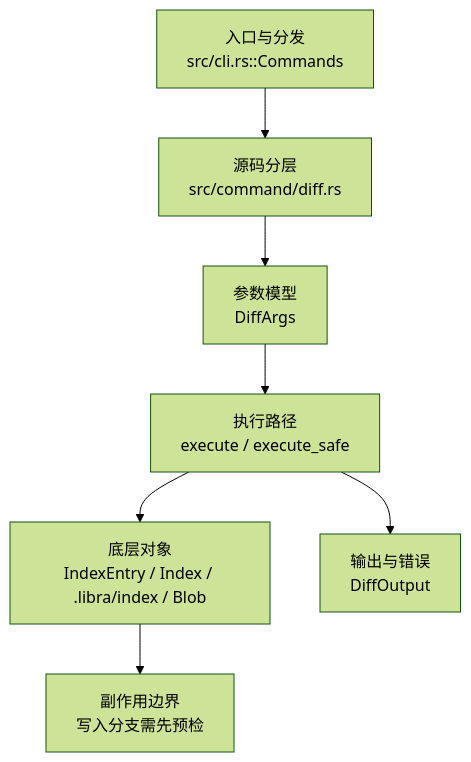
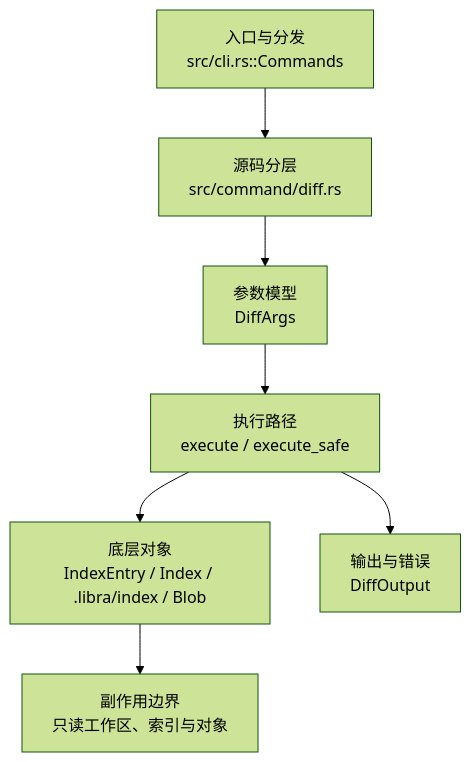
The diagram in docs/development/commands/diff.md (libra-tools/libra), drawn with Mermaid (forest theme) before and after one commit. The commit also changed other lines of this file and 17 other files, not shown here.

````diff
--- a/docs/development/commands/diff.md
+++ b/docs/development/commands/diff.md
@@ -23,9 +23,9 @@
 ```mermaid
 flowchart TD
     A["入口与分发<br/>src/cli.rs::Commands"] --> B["源码分层<br/>src/command/diff.rs"]
     B --> C["参数模型<br/>DiffArgs"]
     C --> D["执行路径<br/>execute / execute_safe"]
     D --> E["底层对象<br/>IndexEntry / Index / .libra/index / Blob"]
     D --> F["输出与错误<br/>DiffOutput"]
-    E --> G["副作用边界<br/>写入分支需先预检"]
+    E --> G["副作用边界<br/>只读工作区、索引与对象"]
 ```
````
